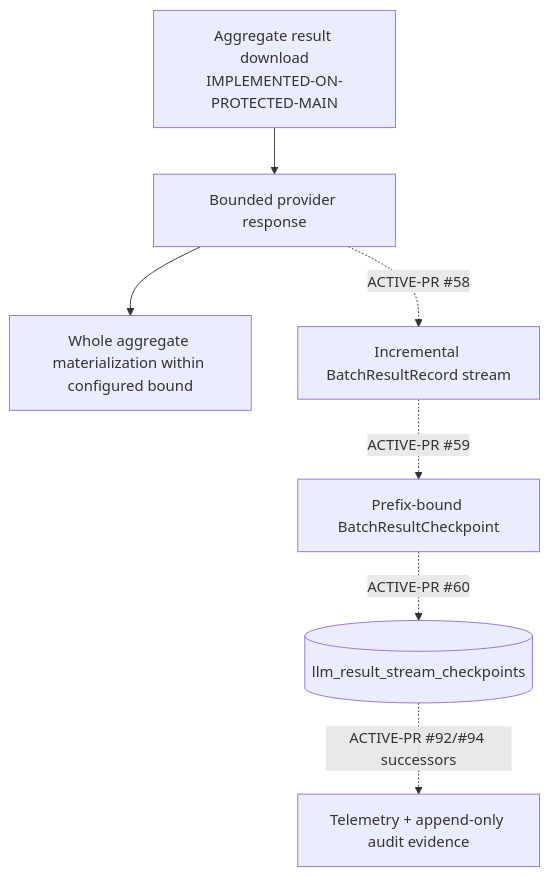
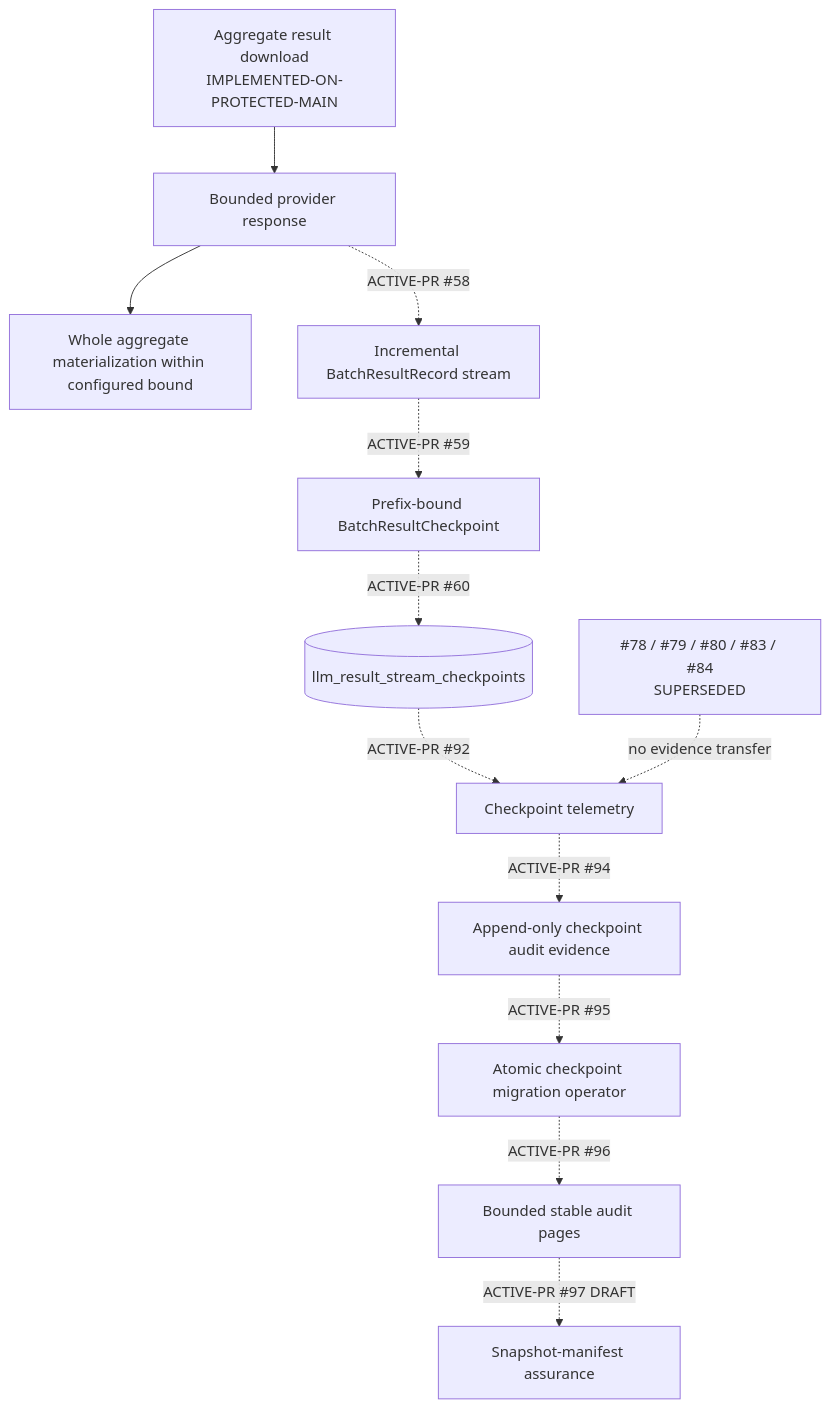
Before and after one commit to ContextualWisdomLab/pg-llm-batch: the fifth of 8 diagrams in docs/architecture/UML.md, drawn with Mermaid. The commit also changed other lines of this file, not shown here.

Commit message:
docs(uml): model live checkpoint and merge authority flows

````diff
--- a/docs/architecture/UML.md
+++ b/docs/architecture/UML.md
@@ -91,9 +91,14 @@
 ```mermaid
 flowchart TD
     A[Aggregate result download\nIMPLEMENTED-ON-PROTECTED-MAIN] --> R[Bounded provider response]
     R --> M[Whole aggregate materialization within configured bound]
     R -. ACTIVE-PR #58 .-> S[Incremental BatchResultRecord stream]
     S -. ACTIVE-PR #59 .-> C[Prefix-bound BatchResultCheckpoint]
     C -. ACTIVE-PR #60 .-> CP[(llm_result_stream_checkpoints)]
-    CP -. ACTIVE-PR #92/#94 successors .-> OBS[Telemetry + append-only audit evidence]
+    CP -. ACTIVE-PR #92 .-> OBS[Checkpoint telemetry]
+    OBS -. ACTIVE-PR #94 .-> AUD[Append-only checkpoint audit evidence]
+    AUD -. ACTIVE-PR #95 .-> MIG[Atomic checkpoint migration operator]
+    MIG -. ACTIVE-PR #96 .-> PAGE[Bounded stable audit pages]
+    PAGE -. ACTIVE-PR #97 DRAFT .-> MAN[Snapshot-manifest assurance]
+    OLD[#78 / #79 / #80 / #83 / #84\nSUPERSEDED] -. no evidence transfer .-> OBS
 ```
````
